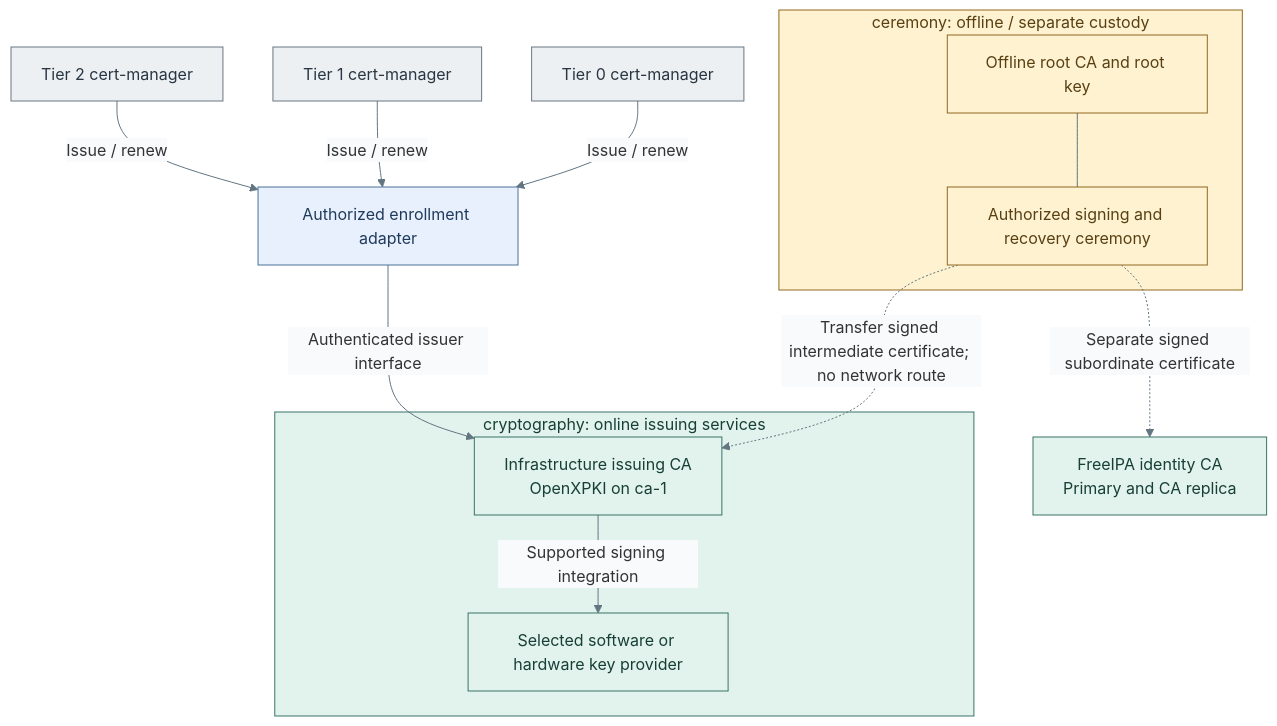
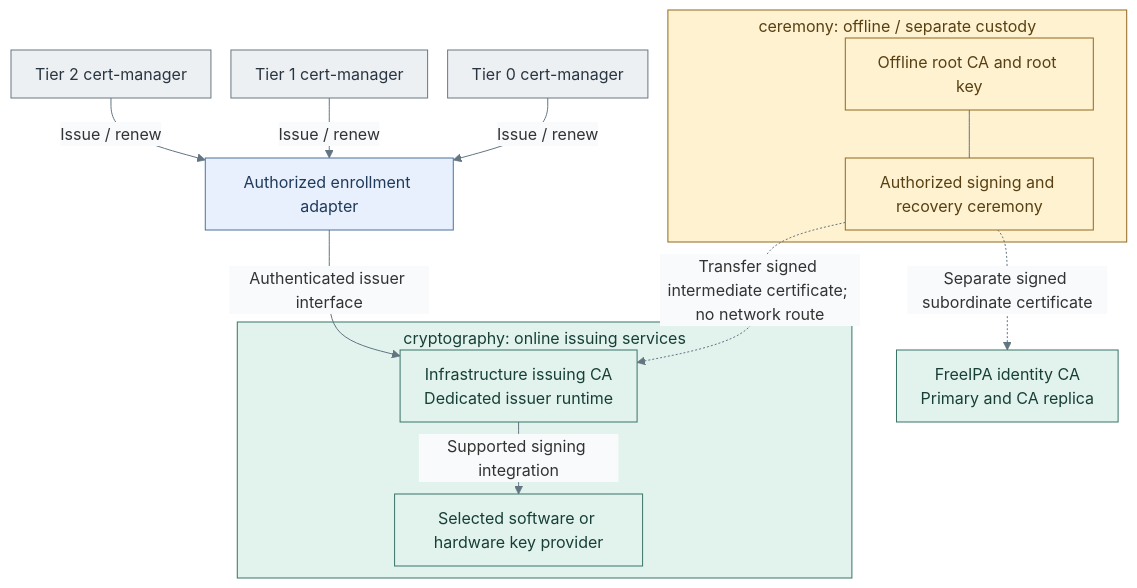
The second of 2 diagrams in docs/architecture/reference-platform.md (Rexus/homelab), drawn with Mermaid before and after one commit. The commit also changed other lines of this file and 60 other files, not shown here.

Commit message:
docs(diagrams): align architecture and deployment views with IaC

````diff
--- a/docs/architecture/reference-platform.md
+++ b/docs/architecture/reference-platform.md
@@ -166,29 +166,29 @@
 ```mermaid
-%%{init: {"theme":"base","themeVariables":{"lineColor":"#627581","edgeLabelBackground":"#f8fafc"}}}%%
+%%{init: {"theme":"base","flowchart":{"nodeSpacing":20,"rankSpacing":24,"padding":12,"subGraphTitleMargin":{"top":4,"bottom":12}},"themeVariables":{"lineColor":"#627581","edgeLabelBackground":"#f8fafc"}}}%%
 flowchart TB
   subgraph CER["ceremony: offline / separate custody"]
     Root["Offline root CA and root key"]
     Ops["Authorized signing and recovery ceremony"]
     Root --- Ops
   end
   subgraph CRYPTO["cryptography: online issuing services"]
-    Issuer["Infrastructure issuing CA<br/>OpenXPKI on ca-1"]
+    Issuer["Infrastructure issuing CA<br/>Dedicated issuer runtime"]
     Provider["Selected software or hardware key provider"]
     Issuer -->|Supported signing integration| Provider
   end
   Ops -. "Transfer signed intermediate certificate; no network route" .-> Issuer
   Ops -. "Separate signed subordinate certificate" .-> IdentityCA["FreeIPA identity CA<br/>Primary and CA replica"]
   CM0["Tier 0 cert-manager"] -->|Issue / renew| Enrollment["Authorized enrollment adapter"]
   CM1["Tier 1 cert-manager"] -->|Issue / renew| Enrollment
   CM2["Tier 2 cert-manager"] -->|Issue / renew| Enrollment
   Enrollment -->|Authenticated issuer interface| Issuer
   classDef default fill:#f8fafc,stroke:#64748b,color:#1f2937
   classDef custody fill:#fff2d1,stroke:#926820,color:#584013
   classDef control fill:#e2f3ed,stroke:#397366,color:#173f36
   classDef services fill:#e7f0fc,stroke:#4d719b,color:#203a5b
   classDef actor fill:#edf0f3,stroke:#697682,color:#293642
   class CER,Root,Ops custody
   class CRYPTO,Issuer,Provider,IdentityCA control
   class Enrollment services
   class CM0,CM1,CM2 actor
 ```
````
